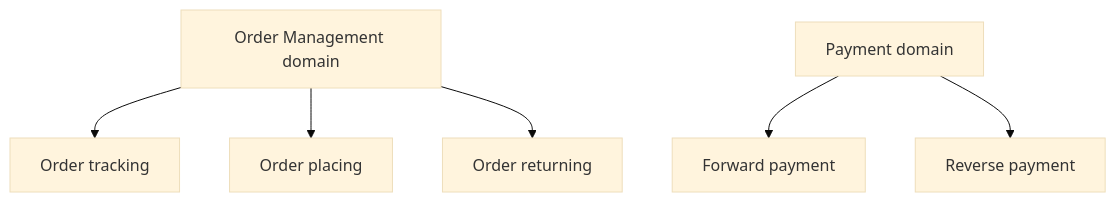
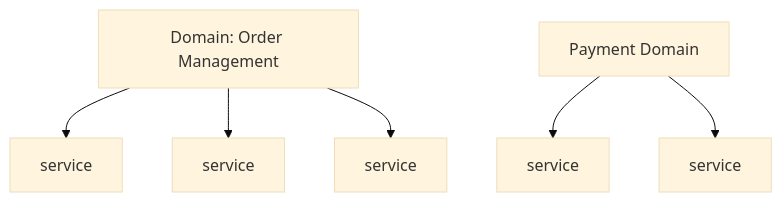
One commit to notnotnithin/System-Design-Notes changed the sixth of 13 diagrams in HLD/03_04_Microservices_Design_Patterns_Notes.md. Above: the diagram before and after it, drawn with Mermaid (base theme). The commit also changed other lines of this file and 80 other files, not shown here.

````diff
--- a/HLD/03_04_Microservices_Design_Patterns_Notes.md
+++ b/HLD/03_04_Microservices_Design_Patterns_Notes.md
@@ -157,8 +138,8 @@
 ```mermaid
 graph TD
-  OM["Order Management domain"] --> OT["Order tracking"]
-  OM --> OP["Order placing"]
-  OM --> OR["Order returning"]
-  PD["Payment domain"] --> FP["Forward payment"]
-  PD --> RP["Reverse payment"]
+  OM["Domain: Order Management"] --> A["service"]
+  OM --> B["service"]
+  OM --> C["service"]
+  PD["Payment Domain"] --> D["service"]
+  PD --> E["service"]
 ```
````
